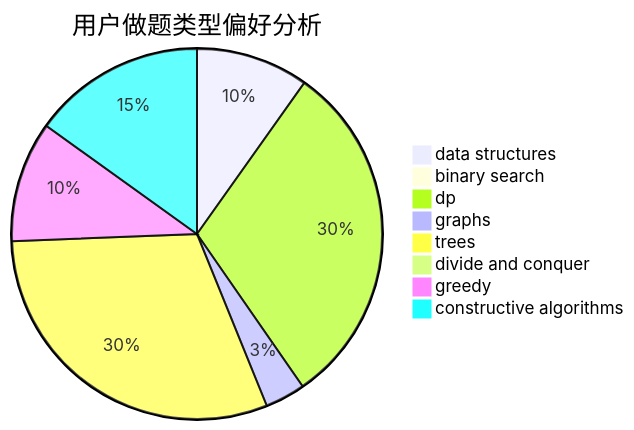
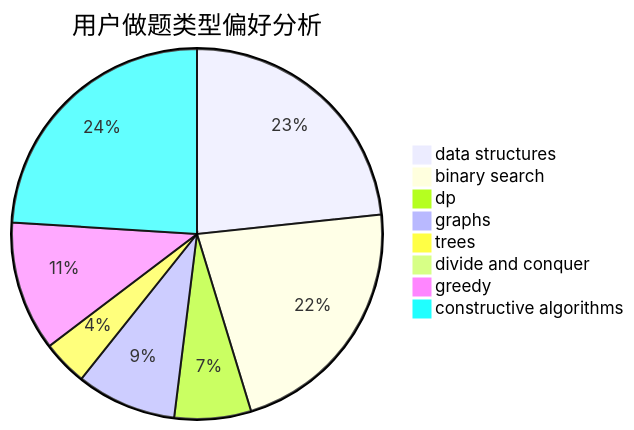
Before and after one commit to sherpahu/cfrs.github.io: the second of 3 diagrams in docs/user/u1484.md, drawn with Mermaid. The commit also changed other lines of this file and 2770 other files, not shown here.

````diff
--- a/docs/user/u1484.md
+++ b/docs/user/u1484.md
@@ -23,11 +23,11 @@
 ```mermaid
 pie title 用户做题类型偏好分析
-    "data structures" :  28
-    "binary search" :  1
-    "dp" :  87
-    "graphs" :  10
-    "trees" :  87
+    "data structures" :  136
+    "binary search" :  128
+    "dp" :  39
+    "graphs" :  51
+    "trees" :  23
     "divide and conquer" :  0
-    "greedy" :  30
-    "constructive algorithms" :  43
+    "greedy" :  66
+    "constructive algorithms" :  140
 ```
````
